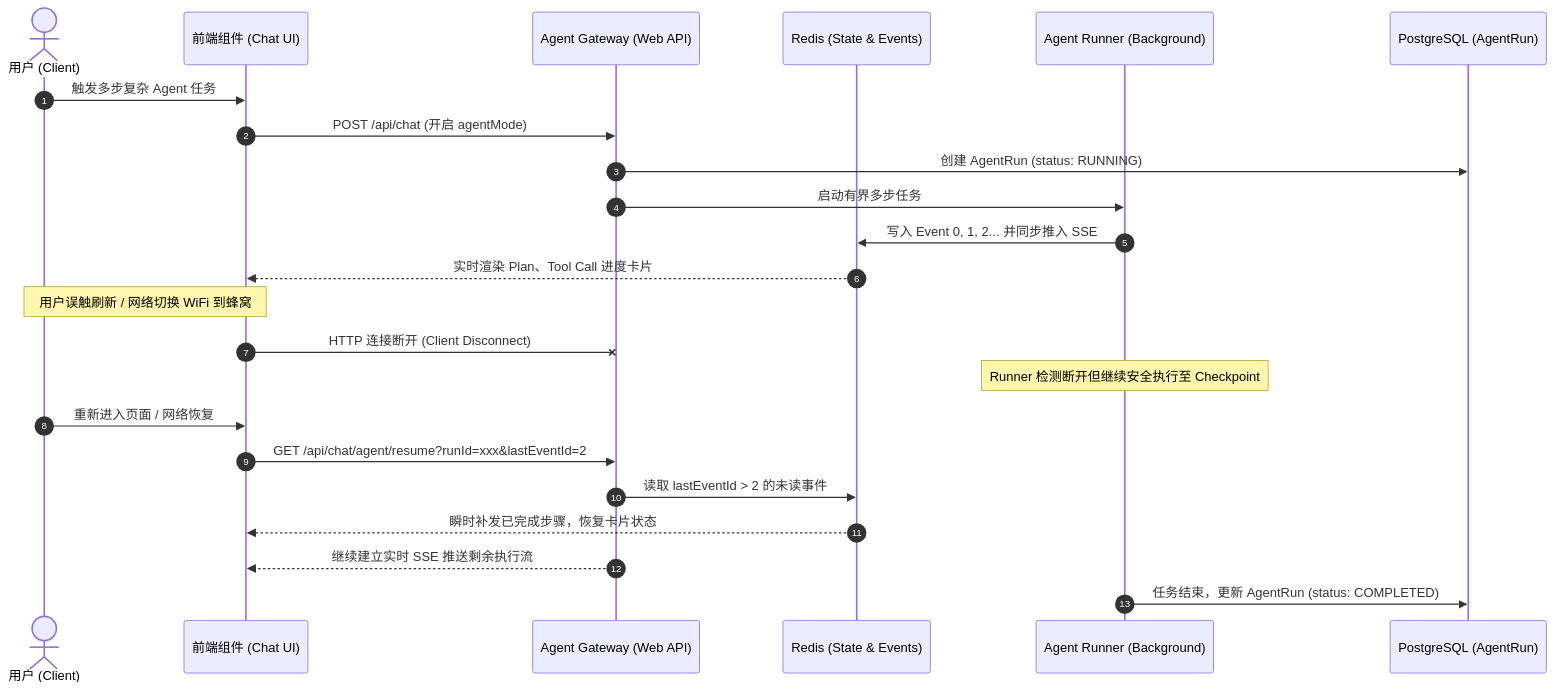
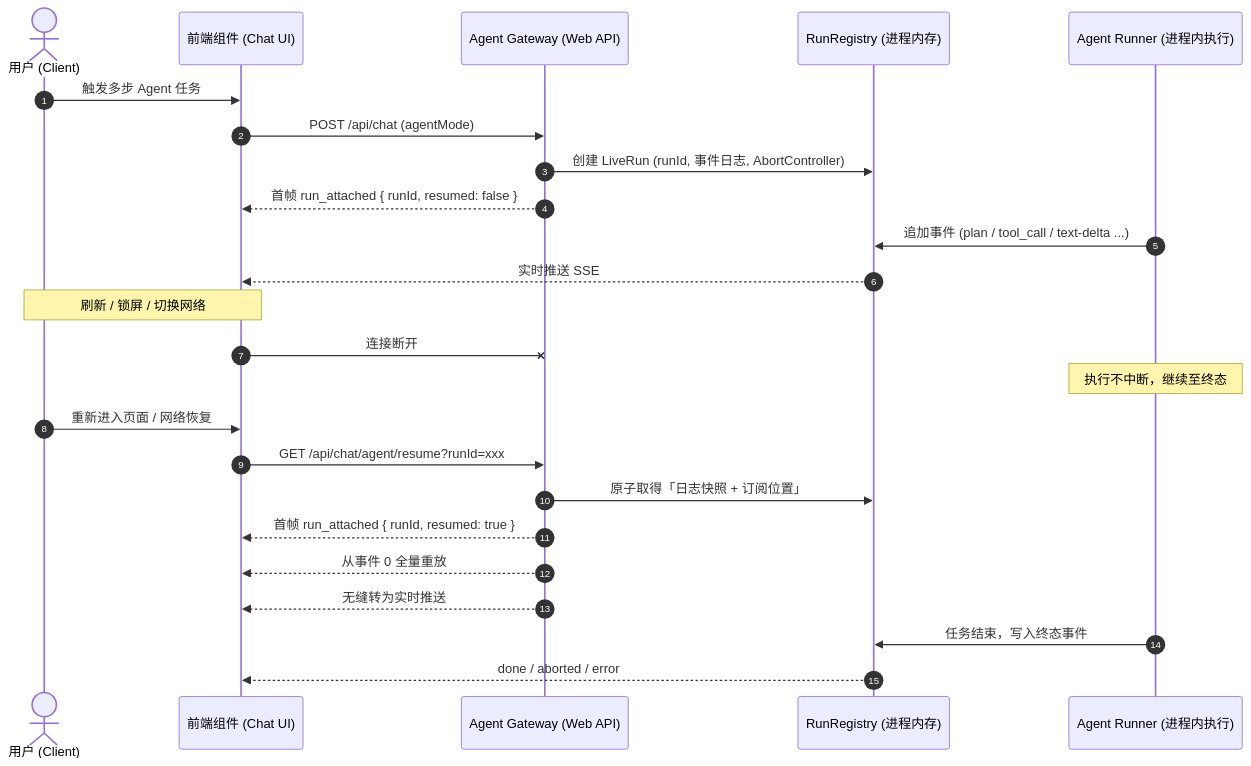
Before and after one commit to wxy-hh/ai-aggregation: the diagram in docs/prd/02-prd-agent-runtime-checkpoint-resume.md, drawn with Mermaid. The commit also changed other lines of this file and 3 other files, not shown here.

````diff
--- a/docs/prd/02-prd-agent-runtime-checkpoint-resume.md
+++ b/docs/prd/02-prd-agent-runtime-checkpoint-resume.md
@@ -30,28 +52,29 @@
 ```mermaid
 sequenceDiagram
     autonumber
     actor User as 用户 (Client)
     participant UI as 前端组件 (Chat UI)
     participant API as Agent Gateway (Web API)
-    participant Redis as Redis (State & Events)
-    participant Runner as Agent Runner (Background)
-    participant DB as PostgreSQL (AgentRun)
+    participant Reg as RunRegistry (进程内存)
+    participant Runner as Agent Runner (进程内执行)
 
-    User->>UI: 触发多步复杂 Agent 任务
-    UI->>API: POST /api/chat (开启 agentMode)
-    API->>DB: 创建 AgentRun (status: RUNNING)
-    API->>Runner: 启动有界多步任务
-    Runner->>Redis: 写入 Event 0, 1, 2... 并同步推入 SSE
-    Redis-->>UI: 实时渲染 Plan、Tool Call 进度卡片
-    
-    Note over User,UI: 用户误触刷新 / 网络切换 WiFi 到蜂窝
-    UI-xAPI: HTTP 连接断开 (Client Disconnect)
-    Note over Runner: Runner 检测断开但继续安全执行至 Checkpoint
-    
+    User->>UI: 触发多步 Agent 任务
+    UI->>API: POST /api/chat (agentMode)
+    API->>Reg: 创建 LiveRun (runId, 事件日志, AbortController)
+    API-->>UI: 首帧 run_attached { runId, resumed: false }
+    Runner->>Reg: 追加事件 (plan / tool_call / text-delta ...)
+    Reg-->>UI: 实时推送 SSE
+
+    Note over User,UI: 刷新 / 锁屏 / 切换网络
+    UI-xAPI: 连接断开
+    Note over Runner: 执行不中断，继续至终态
+
     User->>UI: 重新进入页面 / 网络恢复
-    UI->>API: GET /api/chat/agent/resume?runId=xxx&lastEventId=2
-    API->>Redis: 读取 lastEventId > 2 的未读事件
-    Redis-->>UI: 瞬时补发已完成步骤，恢复卡片状态
-    API-->>UI: 继续建立实时 SSE 推送剩余执行流
-    Runner->>DB: 任务结束，更新 AgentRun (status: COMPLETED)
+    UI->>API: GET /api/chat/agent/resume?runId=xxx
+    API->>Reg: 原子取得「日志快照 + 订阅位置」
+    API-->>UI: 首帧 run_attached { runId, resumed: true }
+    API-->>UI: 从事件 0 全量重放
+    API-->>UI: 无缝转为实时推送
+    Runner->>Reg: 任务结束，写入终态事件
+    Reg-->>UI: done / aborted / error
 ```
````
